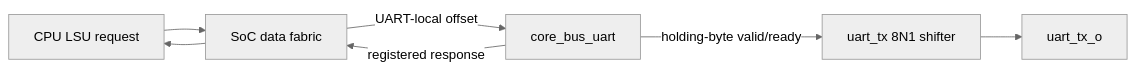
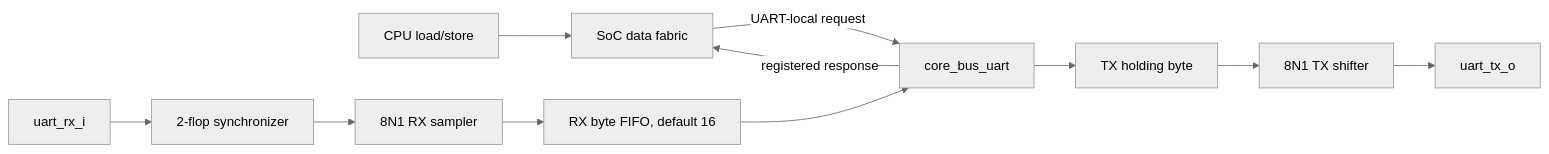
The diagram in docs/phase4-uart-guide.md (HeTPort/Rsicv-soc), drawn with Mermaid (neutral theme) before and after one commit. The commit also changed other lines of this file and 34 other files, not shown here.

Commit message:
feat: add polling UART RX FIFO

````diff
--- a/docs/phase4-uart-guide.md
+++ b/docs/phase4-uart-guide.md
@@ -9,9 +11,9 @@
 ```mermaid
 flowchart LR
-  CPU["CPU LSU request"] --> FABRIC["SoC data fabric"]
-  FABRIC -->|"UART-local offset"| TARGET["core_bus_uart"]
-  TARGET -->|"holding-byte valid/ready"| SHIFT["uart_tx 8N1 shifter"]
-  SHIFT --> PIN["uart_tx_o"]
-  TARGET -->|"registered response"| FABRIC
-  FABRIC --> CPU
+  CPU["CPU load/store"] --> FABRIC["SoC data fabric"]
+  FABRIC -->|"UART-local request"| MMIO["core_bus_uart"]
+  MMIO --> HOLD["TX holding byte"] --> TX["8N1 TX shifter"] --> TXPIN["uart_tx_o"]
+  RXPIN["uart_rx_i"] --> SYNC["2-flop synchronizer"] --> RX["8N1 RX sampler"]
+  RX --> FIFO["RX byte FIFO, default 16"] --> MMIO
+  MMIO -->|"registered response"| FABRIC
 ```
````
